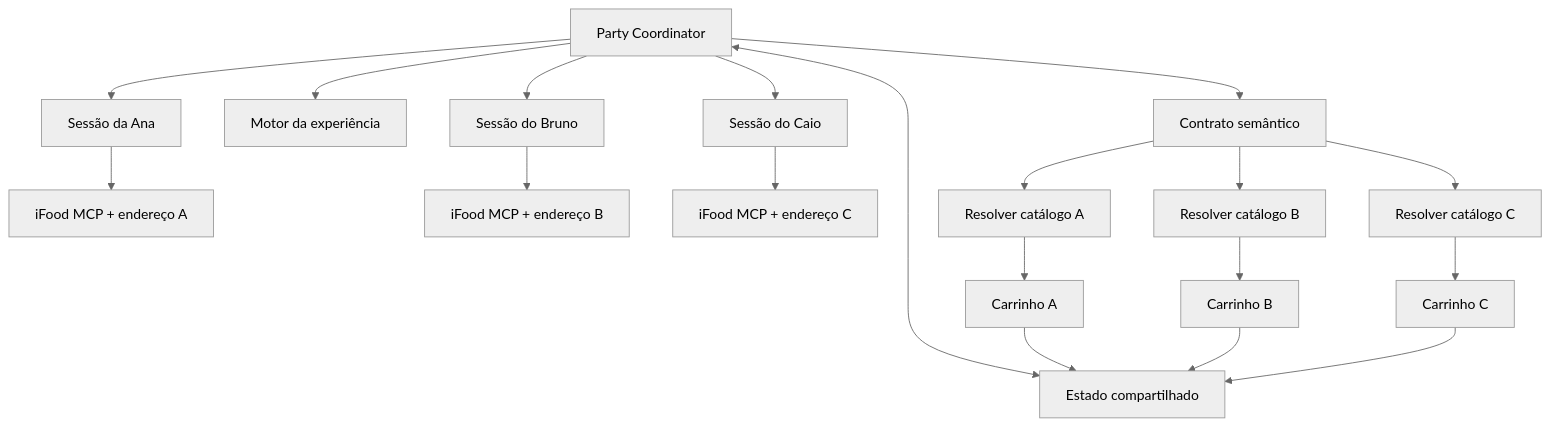
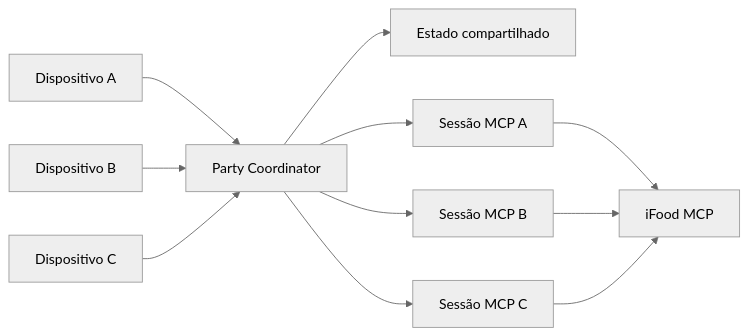
Before and after one commit to mhdsilva/hackaton-ifood: the diagram in README.md, drawn with Mermaid (neutral theme). The commit also changed other lines of this file and 4 other files, not shown here.

Commit message:
refactor: focus party contract on shared onboarding

````diff
--- a/README.md
+++ b/README.md
@@ -213,31 +54,15 @@
 ```mermaid
-flowchart TB
-    PARTY[Party Coordinator]
-    CONTRACT[Contrato semântico]
-    STATE[Estado compartilhado]
-    GAME[Motor da experiência]
+flowchart LR
+    A[Dispositivo A] --> API[Party Coordinator]
+    B[Dispositivo B] --> API
+    C[Dispositivo C] --> API
 
-    PARTY --> CONTRACT
-    PARTY <--> STATE
-    PARTY --> GAME
+    API --> STATE[Estado compartilhado]
+    API --> SA[Sessão MCP A]
+    API --> SB[Sessão MCP B]
+    API --> SC[Sessão MCP C]
 
-    PARTY --> SA[Sessão da Ana]
-    PARTY --> SB[Sessão do Bruno]
-    PARTY --> SC[Sessão do Caio]
-
-    SA --> MA[iFood MCP + endereço A]
-    SB --> MB[iFood MCP + endereço B]
-    SC --> MC[iFood MCP + endereço C]
-
-    CONTRACT --> RA[Resolver catálogo A]
-    CONTRACT --> RB[Resolver catálogo B]
-    CONTRACT --> RC[Resolver catálogo C]
-
-    RA --> CA[Carrinho A]
-    RB --> CB[Carrinho B]
-    RC --> CC[Carrinho C]
-
-    CA --> STATE
-    CB --> STATE
-    CC --> STATE
+    SA --> MCP[iFood MCP]
+    SB --> MCP
+    SC --> MCP
 ```
````
